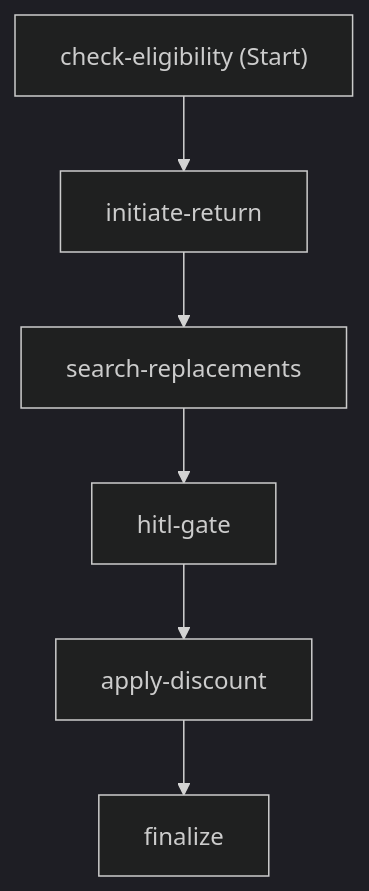
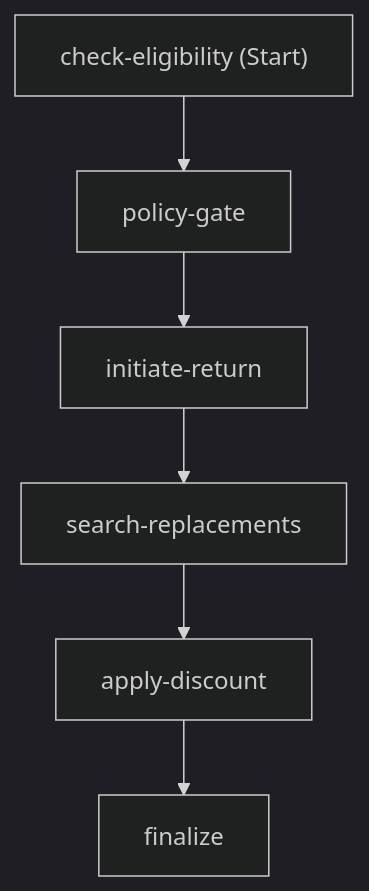
Before and after one commit to rakyma0228/eCommerce-agent: the diagram in docs/workflows/return-replace.mmd, drawn with Mermaid (dark theme). The commit also changed 23 other files, not shown here.

```diff
--- a/docs/workflows/return-replace.mmd
+++ b/docs/workflows/return-replace.mmd
@@ -1,12 +1,12 @@
 flowchart TD
   check_eligibility["check-eligibility (Start)"];
+  policy_gate["policy-gate"];
   initiate_return["initiate-return"];
   search_replacements["search-replacements"];
-  hitl_gate["hitl-gate"];
   apply_discount["apply-discount"];
   finalize["finalize"];
-  check_eligibility --> initiate_return;
+  check_eligibility --> policy_gate;
+  policy_gate --> initiate_return;
   initiate_return --> search_replacements;
-  search_replacements --> hitl_gate;
-  hitl_gate --> apply_discount;
+  search_replacements --> apply_discount;
   apply_discount --> finalize;
```
